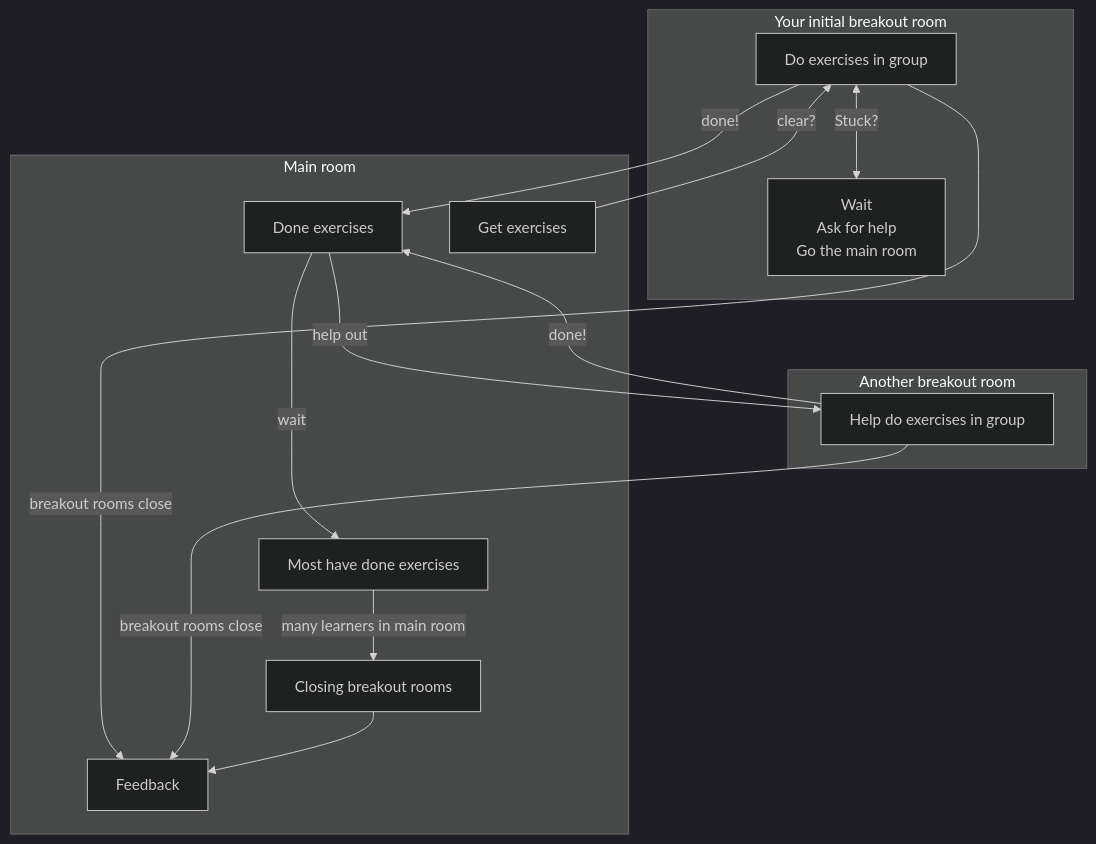
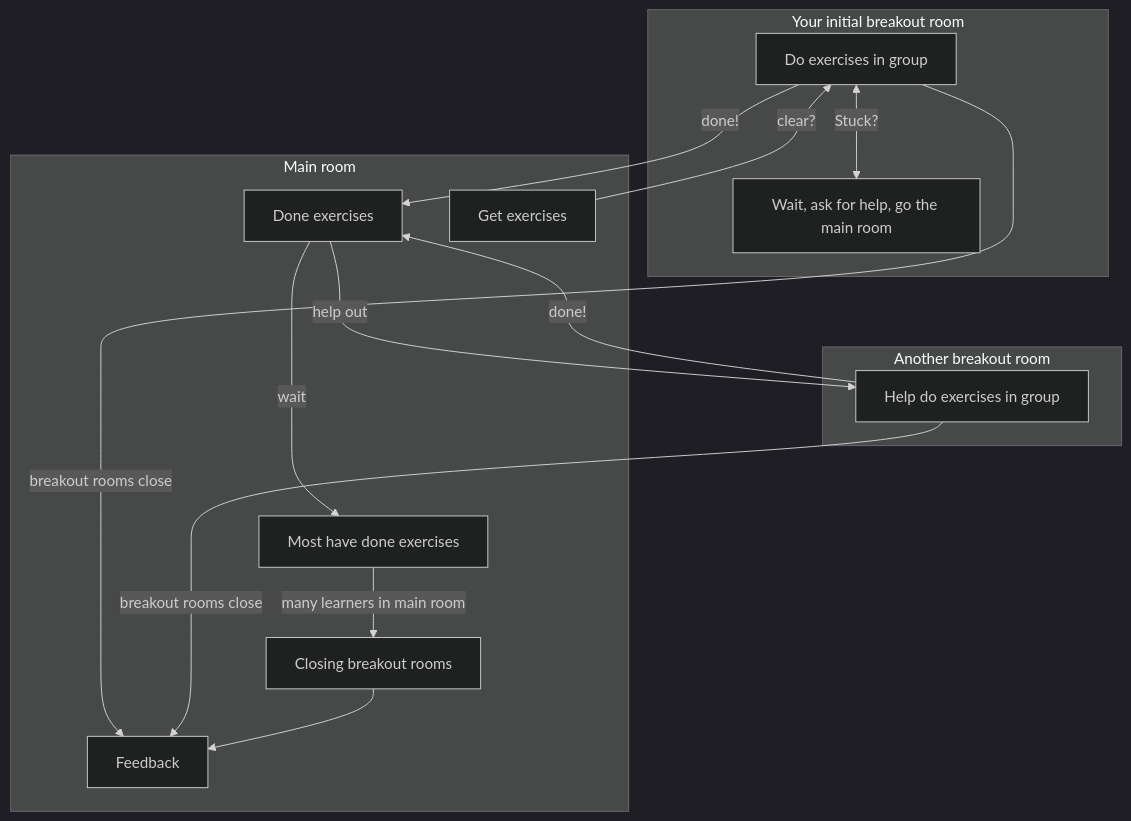
Before and after one commit to UPPMAX/programming_formalisms: the diagram in docs/misc/exercise_procedure.md, drawn with Mermaid (dark theme). The commit also changed 4 other files, not shown here.

````diff
--- a/docs/misc/exercise_procedure.md
+++ b/docs/misc/exercise_procedure.md
@@ -136,34 +136,34 @@
 ```mermaid
 flowchart TD
   subgraph breakout_room[Your initial breakout room]
     do_exercise[Do exercises in group]
-    stuck[Wait\nAsk for help\nGo the main room]
+    stuck[Wait, ask for help, go the main room]
     do_exercise <--> |Stuck?| stuck
   end
   subgraph main_room[Main room]
     get_exercise[Get exercises]
     done_exercise[Done exercises]
     most_done_exercise[Most have done exercises]
     closing_breakout_rooms[Closing breakout rooms]
     feedback[Feedback]
   end
   subgraph other_breakout_room[Another breakout room]
     help_do_exercise[Help do exercises in group]
   end
 
   get_exercise --> |clear?| do_exercise
   do_exercise --> |done!| done_exercise
   do_exercise --> |breakout rooms close| feedback
   done_exercise --> |help out| help_do_exercise
   done_exercise --> |wait| most_done_exercise
   help_do_exercise --> |done!| done_exercise
   help_do_exercise --> |breakout rooms close| feedback
   most_done_exercise --> |many learners in main room| closing_breakout_rooms
   closing_breakout_rooms --> feedback
 
   breakout_room ~~~ main_room ~~~ other_breakout_room
 
   get_exercise ~~~ help_do_exercise
   do_exercise ~~~ help_do_exercise
   help_do_exercise ~~~ most_done_exercise
 ```
````
